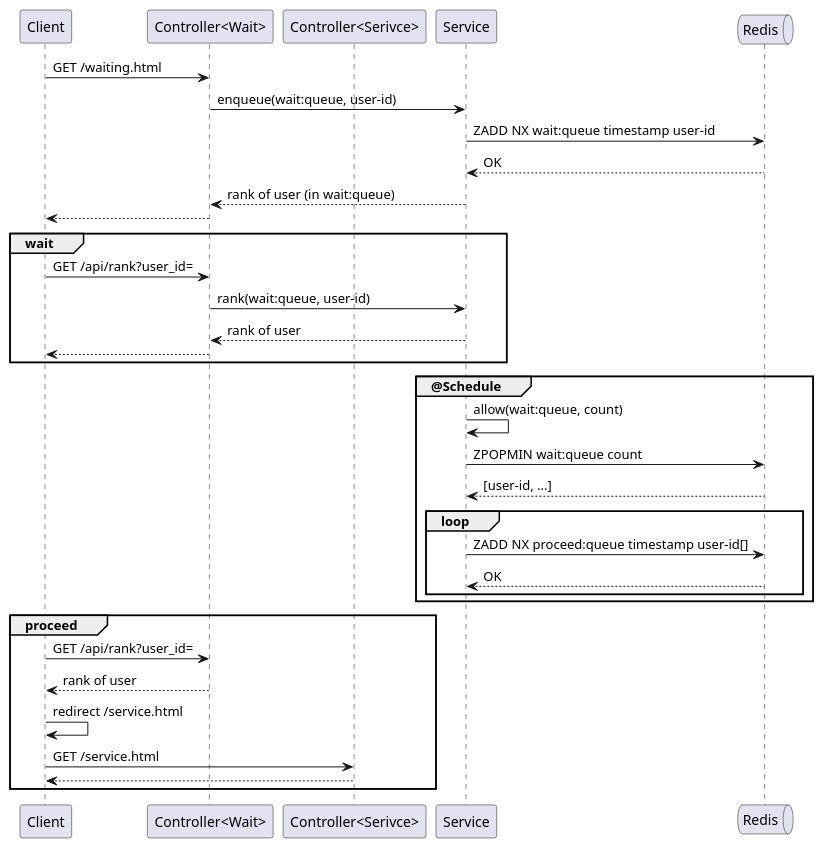
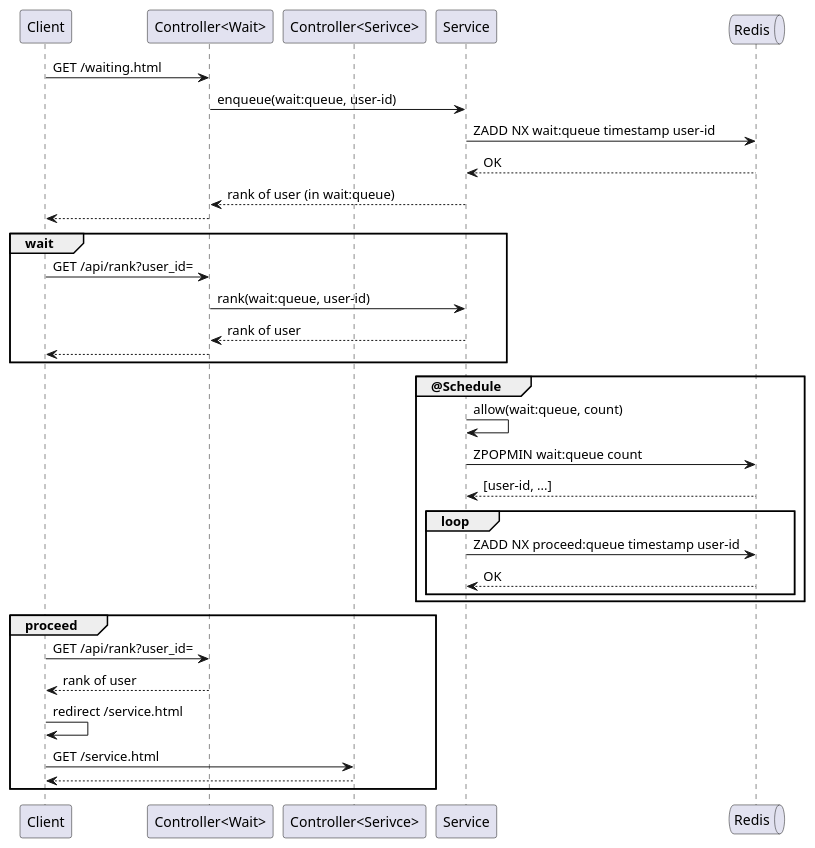
The diagram in _diary/2024-06-08.md (yanghoon/obsidian-workspace), drawn with PlantUML before and after one commit. The commit also changed other lines of this file, not shown here.

````diff
--- a/_diary/2024-06-08.md
+++ b/_diary/2024-06-08.md
@@ -6,42 +7,42 @@
 ```plantuml
 @startuml
 participant Client
 participant "Controller<Wait>" as Controller
 participant "Controller<Serivce>" as ServiceController
 participant Service
 queue Redis
 
 Client -> Controller: GET /waiting.html
 Controller -> Service: enqueue(wait:queue, user-id)
 Service -> Redis: ZADD NX wait:queue timestamp user-id
 Service <-- Redis: OK
 Controller <-- Service: rank of user (in wait:queue)
 Client <-- Controller
 
 group wait
 Client -> Controller: GET /api/rank?user_id=
 Controller -> Service: rank(wait:queue, user-id)
 Controller <-- Service: rank of user
 Client <-- Controller
 end
 
 group @Schedule
   Service -> Service: allow(wait:queue, count)
   Service -> Redis: ZPOPMIN wait:queue count
   Service <-- Redis: [user-id, ...]
   loop
-    Service -> Redis: ZADD NX proceed:queue timestamp user-id[]
+    Service -> Redis: ZADD NX proceed:queue timestamp user-id
     Service <-- Redis: OK
   end
 end
 
 group proceed
   Client -> Controller: GET /api/rank?user_id=
   Client <-- Controller: rank of user
   Client -> Client: redirect /service.html
   Client -> ServiceController: GET /service.html
   Client <-- ServiceController
 end
 
 @enduml
 ```
````
